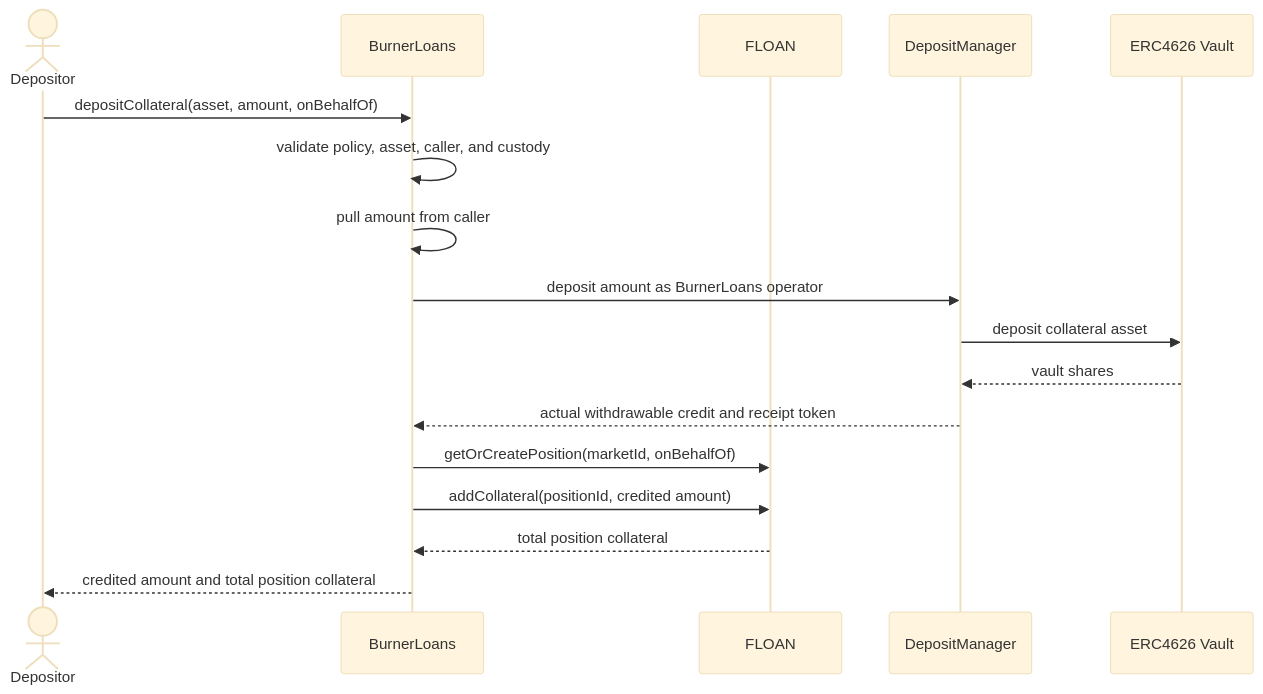
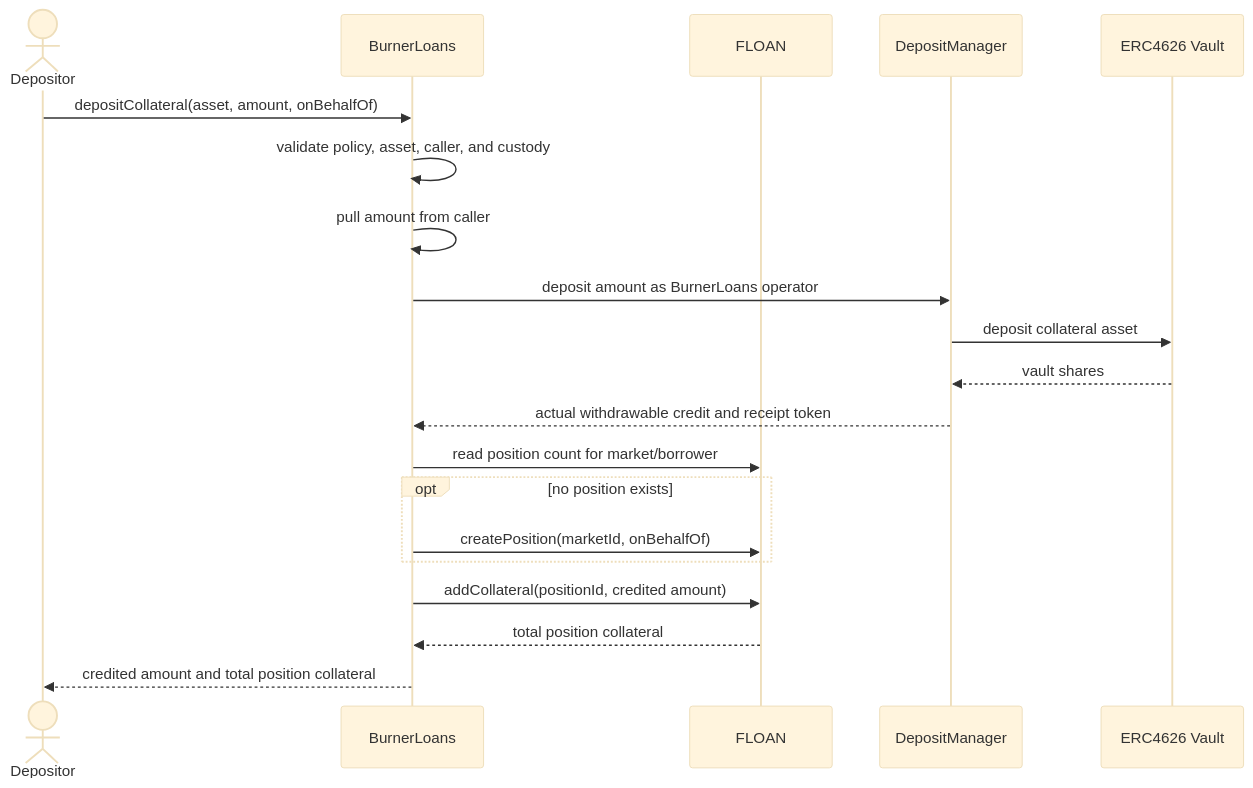
One commit to OlympusDAO/olympus-v3 changed the first of 7 diagrams in documentation/burner_loans.md. Above: the diagram before and after it, drawn with Mermaid (base theme). The commit also changed other lines of this file and 111 other files, not shown here.

Commit message:
fix(burner-loans): harden lifecycle invariants and migration

````diff
--- a/documentation/burner_loans.md
+++ b/documentation/burner_loans.md
@@ -66,20 +73,23 @@
 ```mermaid
 sequenceDiagram
     actor Depositor
     participant BurnerLoans
     participant FLOAN
     participant DepositManager
     participant Vault as ERC4626 Vault
 
     Depositor->>BurnerLoans: depositCollateral(asset, amount, onBehalfOf)
     BurnerLoans->>BurnerLoans: validate policy, asset, caller, and custody
     BurnerLoans->>BurnerLoans: pull amount from caller
     BurnerLoans->>DepositManager: deposit amount as BurnerLoans operator
     DepositManager->>Vault: deposit collateral asset
     Vault-->>DepositManager: vault shares
     DepositManager-->>BurnerLoans: actual withdrawable credit and receipt token
-    BurnerLoans->>FLOAN: getOrCreatePosition(marketId, onBehalfOf)
+    BurnerLoans->>FLOAN: read position count for market/borrower
+    opt no position exists
+        BurnerLoans->>FLOAN: createPosition(marketId, onBehalfOf)
+    end
     BurnerLoans->>FLOAN: addCollateral(positionId, credited amount)
     FLOAN-->>BurnerLoans: total position collateral
     BurnerLoans-->>Depositor: credited amount and total position collateral
 ```
````
